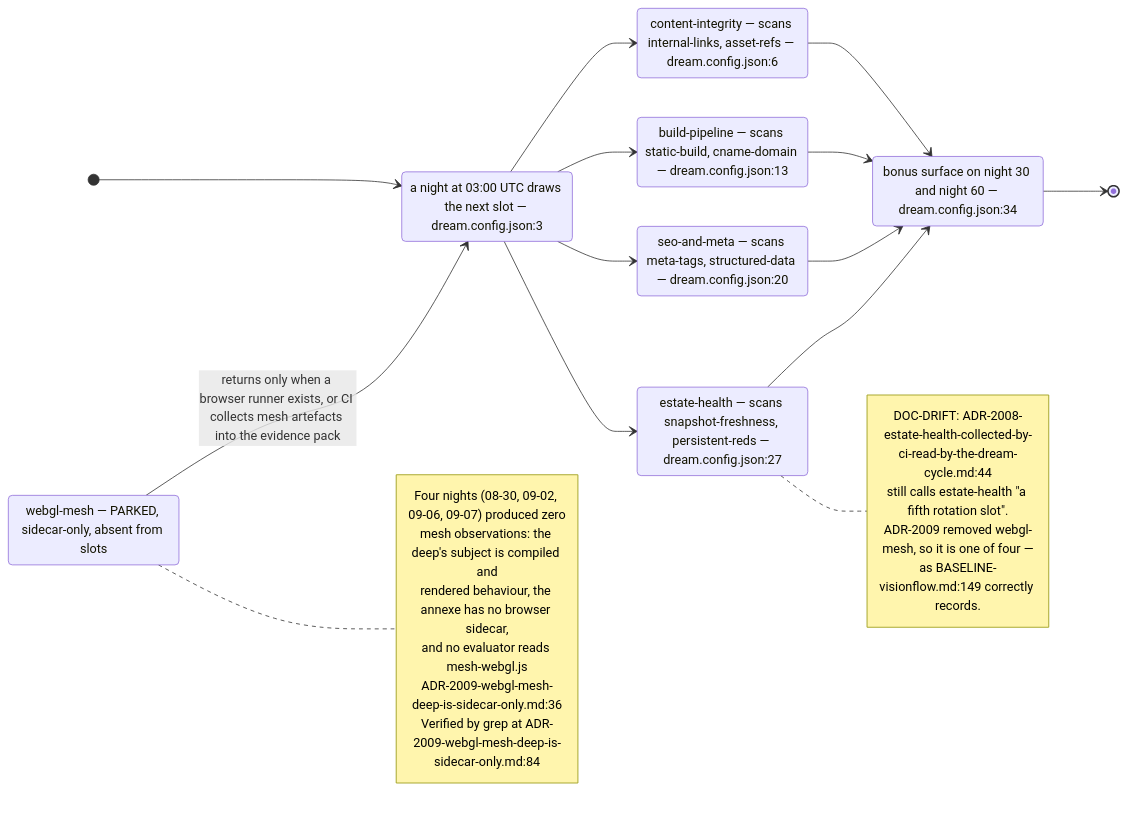
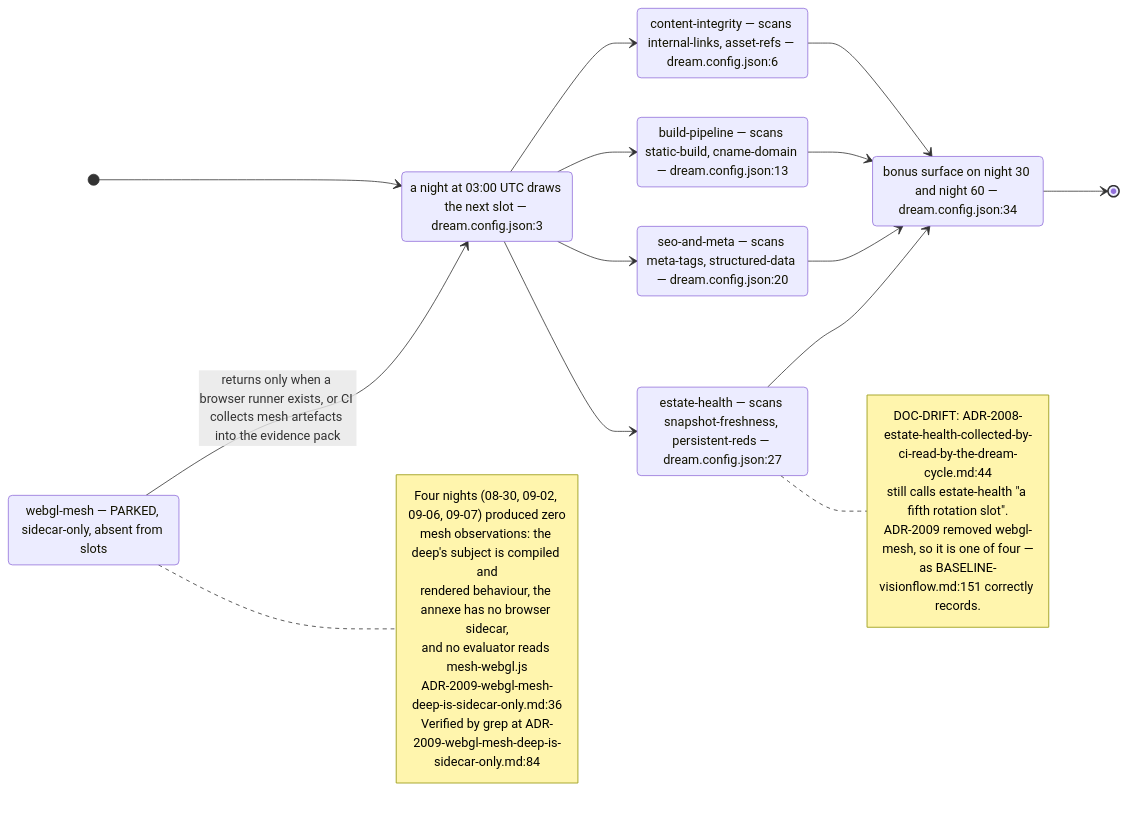
Before and after one commit to DreamLab-AI/VisionFlow: the second of 10 diagrams in docs/diagrams/visionflow/04-dream-cycle-integration.md, drawn with Mermaid. The commit also changed other lines of this file and 7 other files, not shown here.

````diff
--- a/docs/diagrams/visionflow/04-dream-cycle-integration.md
+++ b/docs/diagrams/visionflow/04-dream-cycle-integration.md
@@ -56,36 +56,36 @@
 ```mermaid
 stateDiagram-v2
     direction LR
     [*] --> Night
     state "a night at 03:00 UTC draws the next slot — dream.config.json:3" as Night
     Night --> CI
     Night --> BP
     Night --> SEO
     Night --> EH
     state "content-integrity — scans internal-links, asset-refs — dream.config.json:6" as CI
     state "build-pipeline — scans static-build, cname-domain — dream.config.json:13" as BP
     state "seo-and-meta — scans meta-tags, structured-data — dream.config.json:20" as SEO
     state "estate-health — scans snapshot-freshness, persistent-reds — dream.config.json:27" as EH
     CI --> Bonus
     BP --> Bonus
     SEO --> Bonus
     EH --> Bonus
     state "bonus surface on night 30 and night 60 — dream.config.json:34" as Bonus
     Bonus --> [*]
     state "webgl-mesh — PARKED, sidecar-only, absent from slots" as Parked
     Parked --> Night : returns only when a browser runner exists, or CI collects mesh artefacts into the evidence pack
     note right of Parked
       Four nights (08-30, 09-02, 09-06, 09-07) produced zero
       mesh observations: the deep's subject is compiled and
       rendered behaviour, the annexe has no browser sidecar,
       and no evaluator reads mesh-webgl.js
       ADR-2009-webgl-mesh-deep-is-sidecar-only.md:36
       Verified by grep at ADR-2009-webgl-mesh-deep-is-sidecar-only.md:84
     end note
     note right of EH
       DOC-DRIFT: ADR-2008-estate-health-collected-by-ci-read-by-the-dream-cycle.md:44
       still calls estate-health "a fifth rotation slot".
       ADR-2009 removed webgl-mesh, so it is one of four —
-      as BASELINE-visionflow.md:149 correctly records.
+      as BASELINE-visionflow.md:151 correctly records.
     end note
 ```
````
